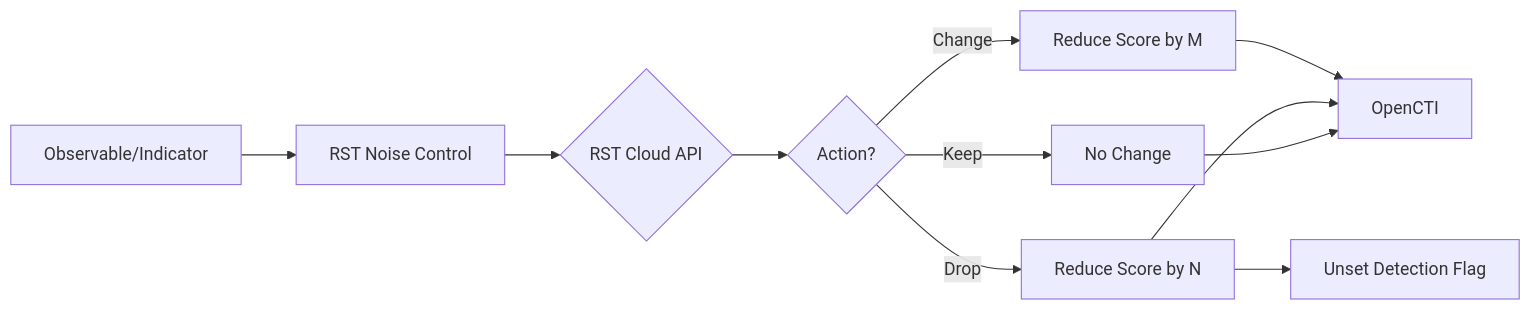
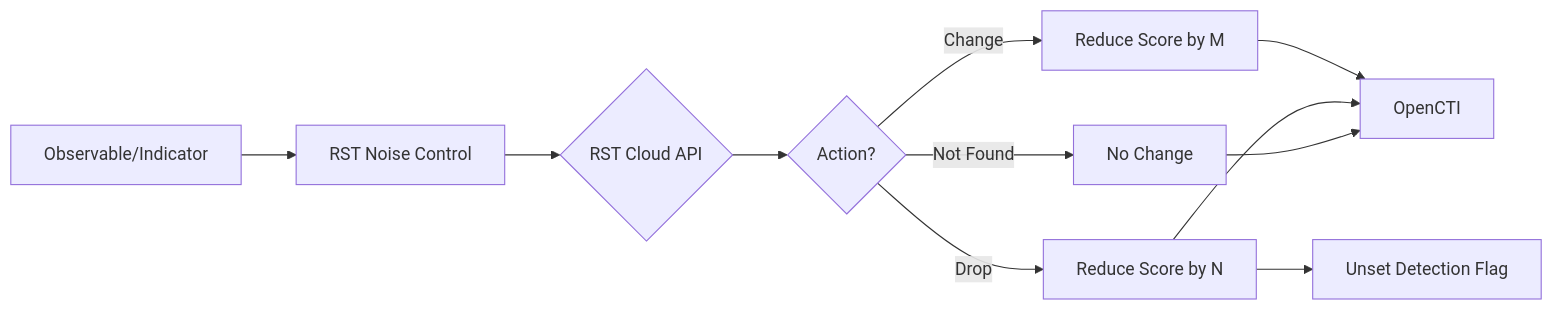
One commit to OpenCTI-Platform/connectors changed the diagram in internal-enrichment/rst-noise-control/README.md. Above: the diagram before and after it, drawn with Mermaid. The commit also changed other lines of this file and 26 other files, not shown here.

````diff
--- a/internal-enrichment/rst-noise-control/README.md
+++ b/internal-enrichment/rst-noise-control/README.md
@@ -146,13 +147,13 @@
 ```mermaid
 flowchart LR
     A[Observable/Indicator] --> B[RST Noise Control]
     B --> C{RST Cloud API}
     C --> D{Action?}
-    D -->|Keep| E[No Change]
+    D -->|Not Found| E[No Change]
     D -->|Change| F[Reduce Score by M]
     D -->|Drop| G[Reduce Score by N]
     G --> H[Unset Detection Flag]
     F --> I[OpenCTI]
     G --> I
     E --> I
 ```
````
